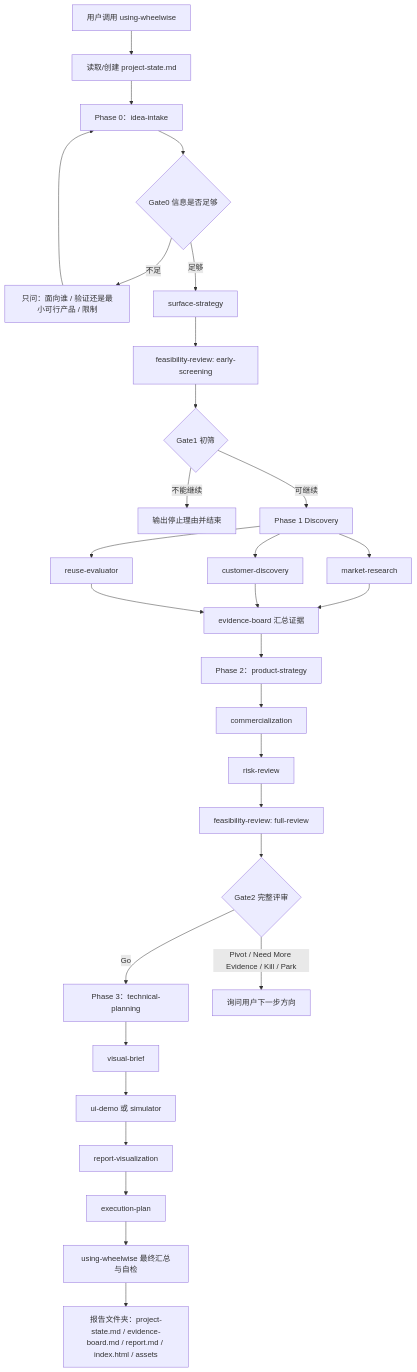
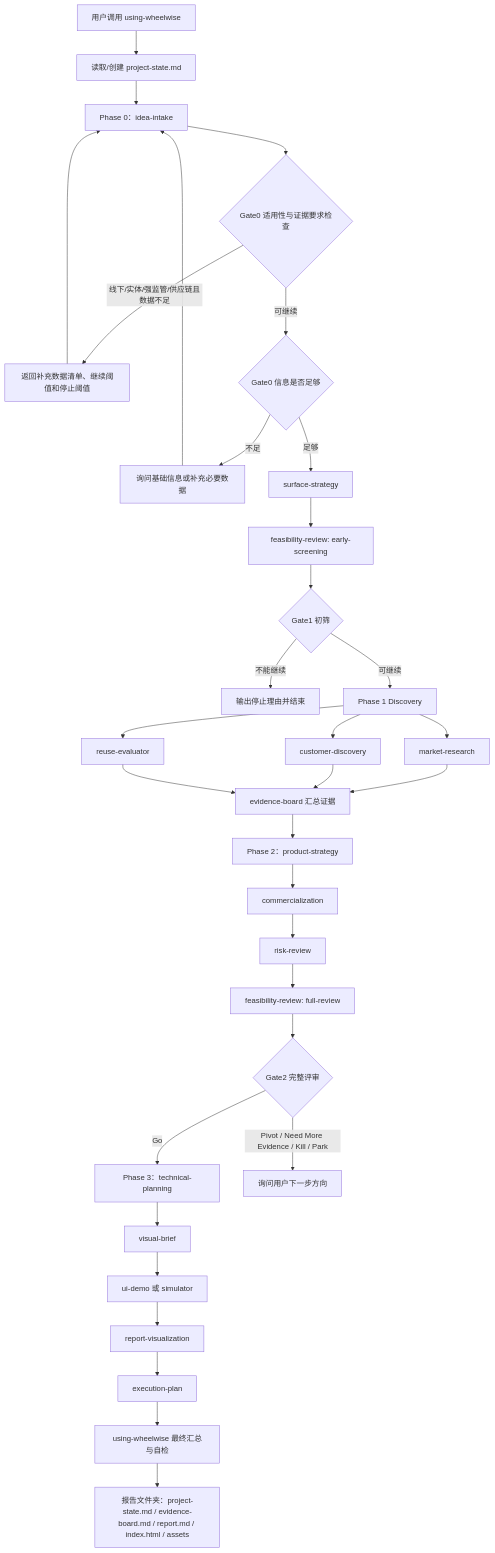
Before and after one commit to Duzhenyang111/WheelWise: the diagram in WORKFLOW_GUIDE_ZH.md, drawn with Mermaid. The commit also changed other lines of this file and 25 other files, not shown here.

````diff
--- a/WORKFLOW_GUIDE_ZH.md
+++ b/WORKFLOW_GUIDE_ZH.md
@@ -38,32 +40,35 @@
 ```mermaid
 flowchart TD
   A["用户调用 using-wheelwise"] --> S["读取/创建 project-state.md"]
   S --> B["Phase 0：idea-intake"]
-  B --> G0{"Gate0 信息是否足够"}
-  G0 -->|不足| Q["只问：面向谁 / 验证还是最小可行产品 / 限制"]
+  B --> GE{"Gate0 适用性与证据要求检查"}
+  GE -->|线下/实体/强监管/供应链且数据不足| FDR["返回补充数据清单、继续阈值和停止阈值"]
+  FDR --> B
+  GE -->|可继续| G0{"Gate0 信息是否足够"}
+  G0 -->|不足| Q["询问基础信息或补充必要数据"]
   Q --> B
   G0 -->|足够| C["surface-strategy"]
   C --> D["feasibility-review: early-screening"]
   D --> G1{"Gate1 初筛"}
   G1 -->|不能继续| X["输出停止理由并结束"]
   G1 -->|可继续| E["Phase 1 Discovery"]
   E --> M1["market-research"]
   E --> C1["customer-discovery"]
   E --> R1["reuse-evaluator"]
   M1 --> EB["evidence-board 汇总证据"]
   C1 --> EB
   R1 --> EB
   EB --> PS["Phase 2：product-strategy"]
   PS --> CO["commercialization"]
   CO --> RR["risk-review"]
   RR --> FR["feasibility-review: full-review"]
   FR --> G2{"Gate2 完整评审"}
   G2 -->|Go| TP["Phase 3：technical-planning"]
   G2 -->|Pivot / Need More Evidence / Kill / Park| U["询问用户下一步方向"]
   TP --> VB["visual-brief"]
   VB --> UI["ui-demo 或 simulator"]
   UI --> RV["report-visualization"]
   RV --> EP["execution-plan"]
   EP --> O["using-wheelwise 最终汇总与自检"]
   O --> P["报告文件夹：project-state.md / evidence-board.md / report.md / index.html / assets"]
 ```
````
